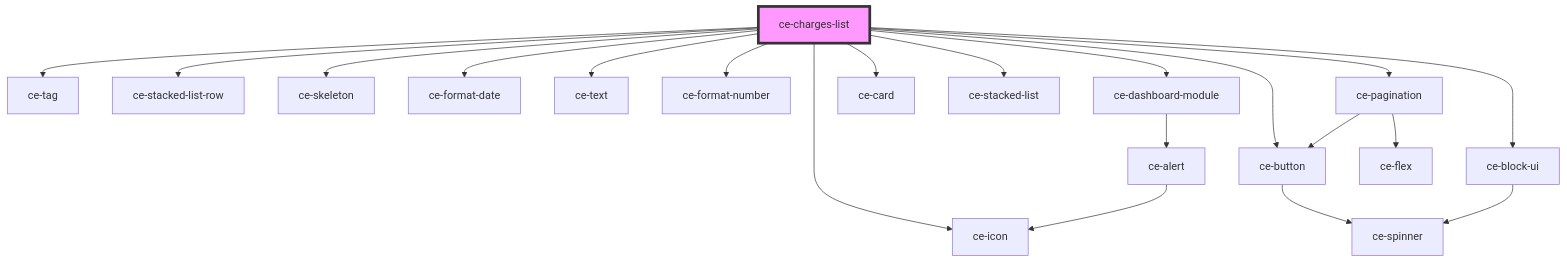
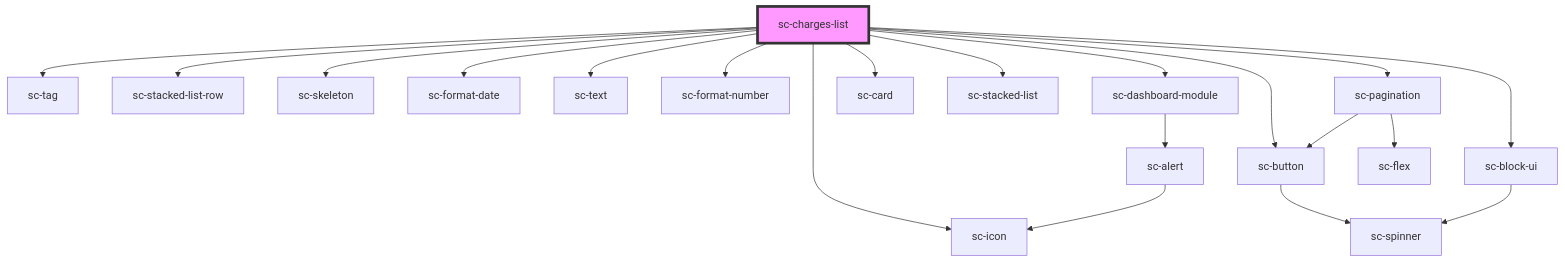
The diagram in packages/components/src/components/controllers/dashboard/charges-list/readme.md (surecart/surecart-wp-plugin), drawn with Mermaid before and after one commit. The commit also changed other lines of this file and 1281 other files, not shown here.

````diff
--- a/packages/components/src/components/controllers/dashboard/charges-list/readme.md
+++ b/packages/components/src/components/controllers/dashboard/charges-list/readme.md
@@ -37,23 +37,23 @@
 ```mermaid
 graph TD;
-  ce-charges-list --> ce-tag
-  ce-charges-list --> ce-stacked-list-row
-  ce-charges-list --> ce-skeleton
-  ce-charges-list --> ce-format-date
-  ce-charges-list --> ce-text
-  ce-charges-list --> ce-format-number
-  ce-charges-list --> ce-dashboard-module
-  ce-charges-list --> ce-button
-  ce-charges-list --> ce-icon
-  ce-charges-list --> ce-card
-  ce-charges-list --> ce-stacked-list
-  ce-charges-list --> ce-pagination
-  ce-charges-list --> ce-block-ui
-  ce-dashboard-module --> ce-alert
-  ce-alert --> ce-icon
-  ce-button --> ce-spinner
-  ce-pagination --> ce-flex
-  ce-pagination --> ce-button
-  ce-block-ui --> ce-spinner
-  style ce-charges-list fill:#f9f,stroke:#333,stroke-width:4px
+  sc-charges-list --> sc-tag
+  sc-charges-list --> sc-stacked-list-row
+  sc-charges-list --> sc-skeleton
+  sc-charges-list --> sc-format-date
+  sc-charges-list --> sc-text
+  sc-charges-list --> sc-format-number
+  sc-charges-list --> sc-dashboard-module
+  sc-charges-list --> sc-button
+  sc-charges-list --> sc-icon
+  sc-charges-list --> sc-card
+  sc-charges-list --> sc-stacked-list
+  sc-charges-list --> sc-pagination
+  sc-charges-list --> sc-block-ui
+  sc-dashboard-module --> sc-alert
+  sc-alert --> sc-icon
+  sc-button --> sc-spinner
+  sc-pagination --> sc-flex
+  sc-pagination --> sc-button
+  sc-block-ui --> sc-spinner
+  style sc-charges-list fill:#f9f,stroke:#333,stroke-width:4px
 ```
````
